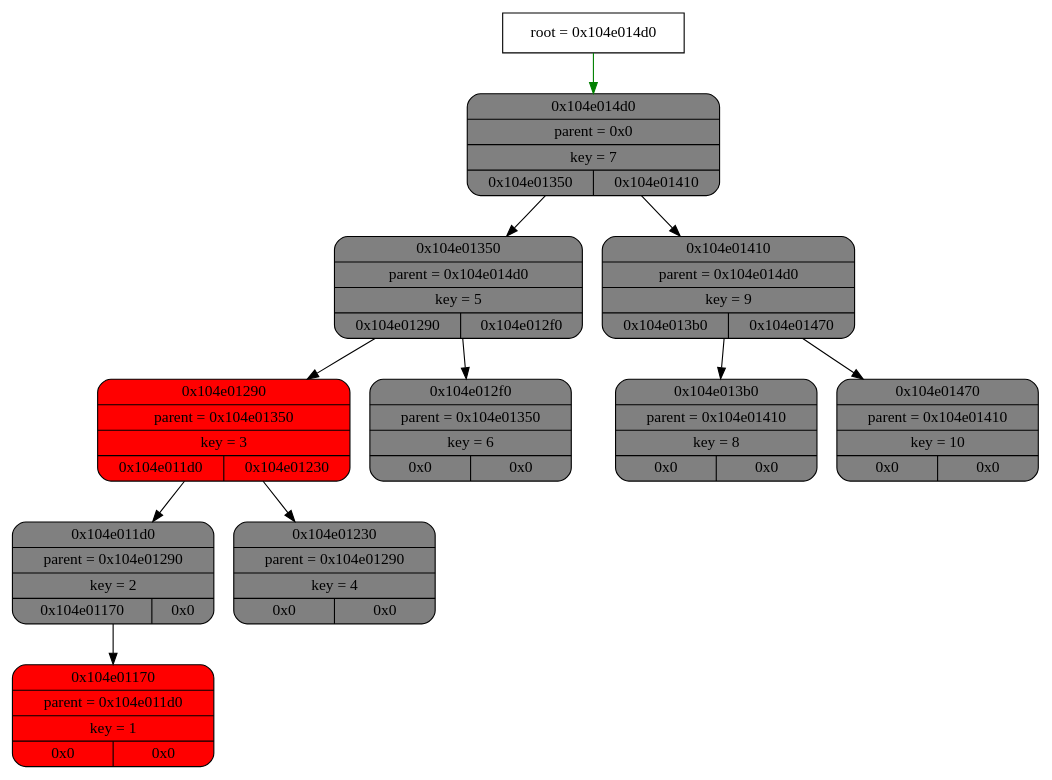
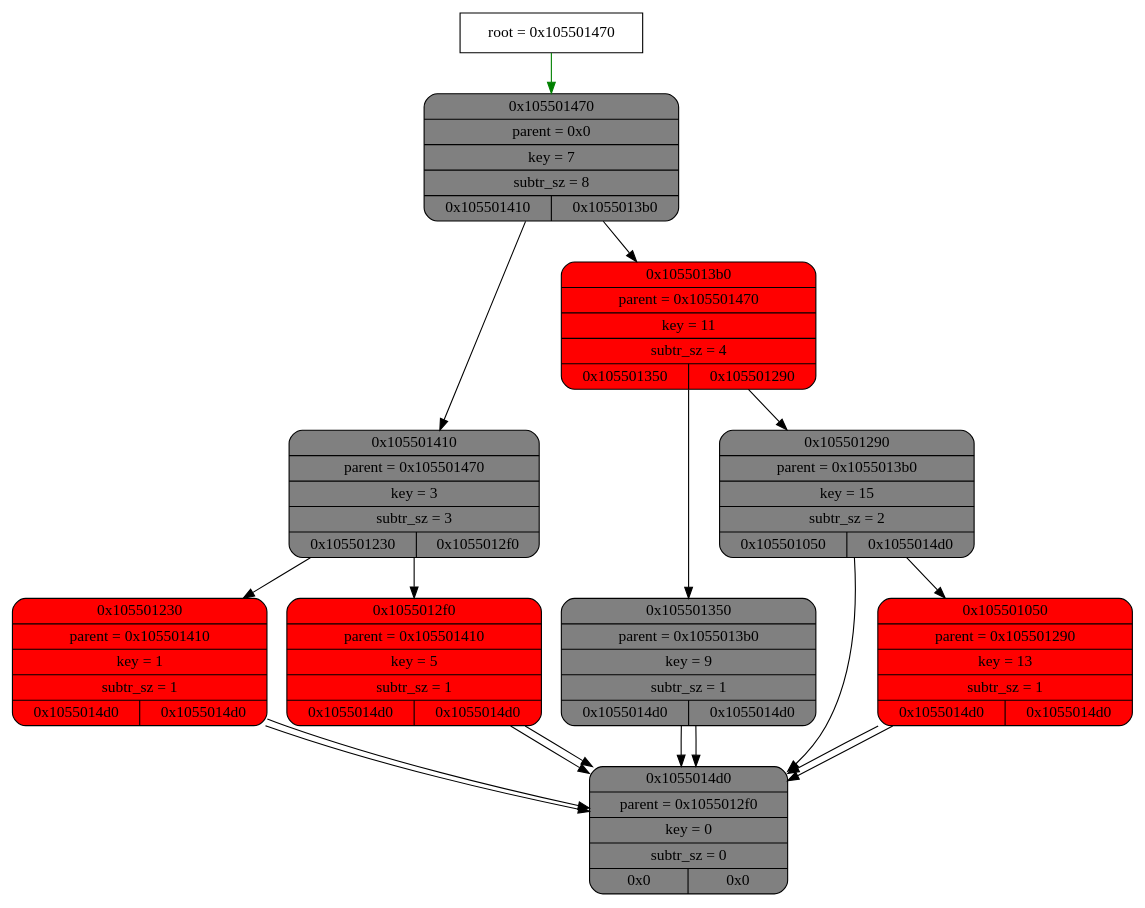
One commit to esgalimov/tree changed the diagram in graphviz.dot. Above: the diagram before and after it, drawn with Graphviz. The commit also changed 5 other files, not shown here.

```diff
--- a/graphviz.dot
+++ b/graphviz.dot
@@ -1,36 +1,57 @@
 digraph
 {
-    node_info[shape = record, label = "{root = 0x104e014d0}"];
+    node_info[shape = record, label = "{root = 0x105501470}"];
 
-    node_info->node_0x104e014d0 [color = "green"];
-    node_0x104e014d0[shape = Mrecord, label = "{{0x104e014d0} | {parent =  0x0} | {key = 7} | {0x104e01350| 0x104e01410}}",
+    node_info->node_0x105501470 [color = "green"];
+    node_0x105501470[shape = Mrecord, label = "{{0x105501470} | {parent =  0x0} | {key = 7} | {subtr_sz = 8} | {0x105501410| 0x1055013b0}}",
             style="filled", fillcolor="grey"];
-    node_0x104e01350[shape = Mrecord, label = "{{0x104e01350} | {parent =  0x104e014d0} | {key = 5} | {0x104e01290| 0x104e012f0}}",
+    node_0x105501410[shape = Mrecord, label = "{{0x105501410} | {parent =  0x105501470} | {key = 3} | {subtr_sz = 3} | {0x105501230| 0x1055012f0}}",
             style="filled", fillcolor="grey"];
-    node_0x104e01290[shape = Mrecord, label = "{{0x104e01290} | {parent =  0x104e01350} | {key = 3} | {0x104e011d0| 0x104e01230}}",
+    node_0x105501230[shape = Mrecord, label = "{{0x105501230} | {parent =  0x105501410} | {key = 1} | {subtr_sz = 1} | {0x1055014d0| 0x1055014d0}}",
             style="filled", fillcolor="red"];
-    node_0x104e011d0[shape = Mrecord, label = "{{0x104e011d0} | {parent =  0x104e01290} | {key = 2} | {0x104e01170| 0x0}}",
+    node_0x1055014d0[shape = Mrecord, label = "{{0x1055014d0} | {parent =  0x1055012f0} | {key = 0} | {subtr_sz = 0} | {0x0| 0x0}}",
             style="filled", fillcolor="grey"];
-    node_0x104e01170[shape = Mrecord, label = "{{0x104e01170} | {parent =  0x104e011d0} | {key = 1} | {0x0| 0x0}}",
+    node_0x1055014d0[shape = Mrecord, label = "{{0x1055014d0} | {parent =  0x1055012f0} | {key = 0} | {subtr_sz = 0} | {0x0| 0x0}}",
+            style="filled", fillcolor="grey"];
+    node_0x1055012f0[shape = Mrecord, label = "{{0x1055012f0} | {parent =  0x105501410} | {key = 5} | {subtr_sz = 1} | {0x1055014d0| 0x1055014d0}}",
             style="filled", fillcolor="red"];
-    node_0x104e01230[shape = Mrecord, label = "{{0x104e01230} | {parent =  0x104e01290} | {key = 4} | {0x0| 0x0}}",
+    node_0x1055014d0[shape = Mrecord, label = "{{0x1055014d0} | {parent =  0x1055012f0} | {key = 0} | {subtr_sz = 0} | {0x0| 0x0}}",
             style="filled", fillcolor="grey"];
-    node_0x104e012f0[shape = Mrecord, label = "{{0x104e012f0} | {parent =  0x104e01350} | {key = 6} | {0x0| 0x0}}",
+    node_0x1055014d0[shape = Mrecord, label = "{{0x1055014d0} | {parent =  0x1055012f0} | {key = 0} | {subtr_sz = 0} | {0x0| 0x0}}",
             style="filled", fillcolor="grey"];
-    node_0x104e01410[shape = Mrecord, label = "{{0x104e01410} | {parent =  0x104e014d0} | {key = 9} | {0x104e013b0| 0x104e01470}}",
+    node_0x1055013b0[shape = Mrecord, label = "{{0x1055013b0} | {parent =  0x105501470} | {key = 11} | {subtr_sz = 4} | {0x105501350| 0x105501290}}",
+            style="filled", fillcolor="red"];
+    node_0x105501350[shape = Mrecord, label = "{{0x105501350} | {parent =  0x1055013b0} | {key = 9} | {subtr_sz = 1} | {0x1055014d0| 0x1055014d0}}",
             style="filled", fillcolor="grey"];
-    node_0x104e013b0[shape = Mrecord, label = "{{0x104e013b0} | {parent =  0x104e01410} | {key = 8} | {0x0| 0x0}}",
+    node_0x1055014d0[shape = Mrecord, label = "{{0x1055014d0} | {parent =  0x1055012f0} | {key = 0} | {subtr_sz = 0} | {0x0| 0x0}}",
             style="filled", fillcolor="grey"];
-    node_0x104e01470[shape = Mrecord, label = "{{0x104e01470} | {parent =  0x104e01410} | {key = 10} | {0x0| 0x0}}",
+    node_0x1055014d0[shape = Mrecord, label = "{{0x1055014d0} | {parent =  0x1055012f0} | {key = 0} | {subtr_sz = 0} | {0x0| 0x0}}",
             style="filled", fillcolor="grey"];
-    node_0x104e014d0->node_0x104e01350
-    node_0x104e01350->node_0x104e01290
-    node_0x104e01290->node_0x104e011d0
-    node_0x104e011d0->node_0x104e01170
-    node_0x104e01290->node_0x104e01230
-    node_0x104e01350->node_0x104e012f0
-    node_0x104e014d0->node_0x104e01410
-    node_0x104e01410->node_0x104e013b0
-    node_0x104e01410->node_0x104e01470
+    node_0x105501290[shape = Mrecord, label = "{{0x105501290} | {parent =  0x1055013b0} | {key = 15} | {subtr_sz = 2} | {0x105501050| 0x1055014d0}}",
+            style="filled", fillcolor="grey"];
+    node_0x105501050[shape = Mrecord, label = "{{0x105501050} | {parent =  0x105501290} | {key = 13} | {subtr_sz = 1} | {0x1055014d0| 0x1055014d0}}",
+            style="filled", fillcolor="red"];
+    node_0x1055014d0[shape = Mrecord, label = "{{0x1055014d0} | {parent =  0x1055012f0} | {key = 0} | {subtr_sz = 0} | {0x0| 0x0}}",
+            style="filled", fillcolor="grey"];
+    node_0x1055014d0[shape = Mrecord, label = "{{0x1055014d0} | {parent =  0x1055012f0} | {key = 0} | {subtr_sz = 0} | {0x0| 0x0}}",
+            style="filled", fillcolor="grey"];
+    node_0x1055014d0[shape = Mrecord, label = "{{0x1055014d0} | {parent =  0x1055012f0} | {key = 0} | {subtr_sz = 0} | {0x0| 0x0}}",
+            style="filled", fillcolor="grey"];
+    node_0x105501470->node_0x105501410
+    node_0x105501410->node_0x105501230
+    node_0x105501230->node_0x1055014d0
+    node_0x105501230->node_0x1055014d0
+    node_0x105501410->node_0x1055012f0
+    node_0x1055012f0->node_0x1055014d0
+    node_0x1055012f0->node_0x1055014d0
+    node_0x105501470->node_0x1055013b0
+    node_0x1055013b0->node_0x105501350
+    node_0x105501350->node_0x1055014d0
+    node_0x105501350->node_0x1055014d0
+    node_0x1055013b0->node_0x105501290
+    node_0x105501290->node_0x105501050
+    node_0x105501050->node_0x1055014d0
+    node_0x105501050->node_0x1055014d0
+    node_0x105501290->node_0x1055014d0
 
 }
```
